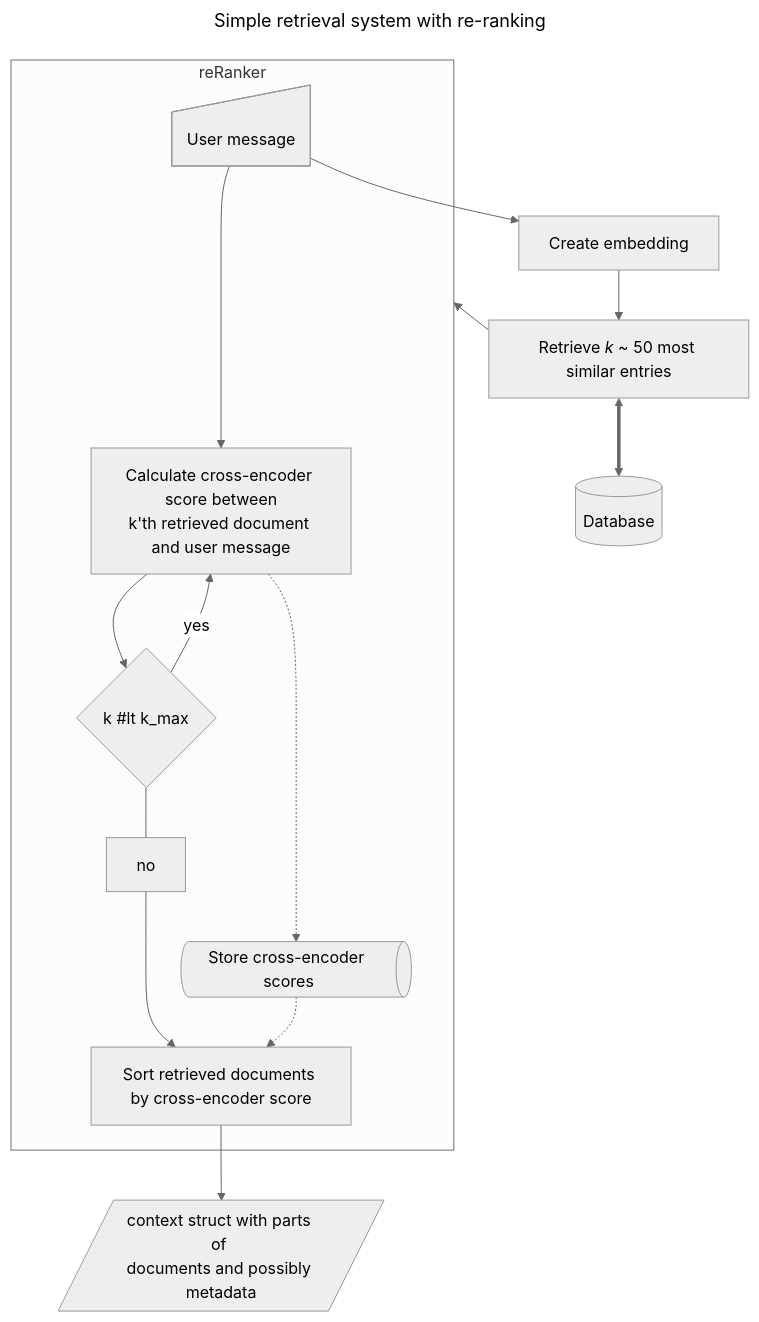
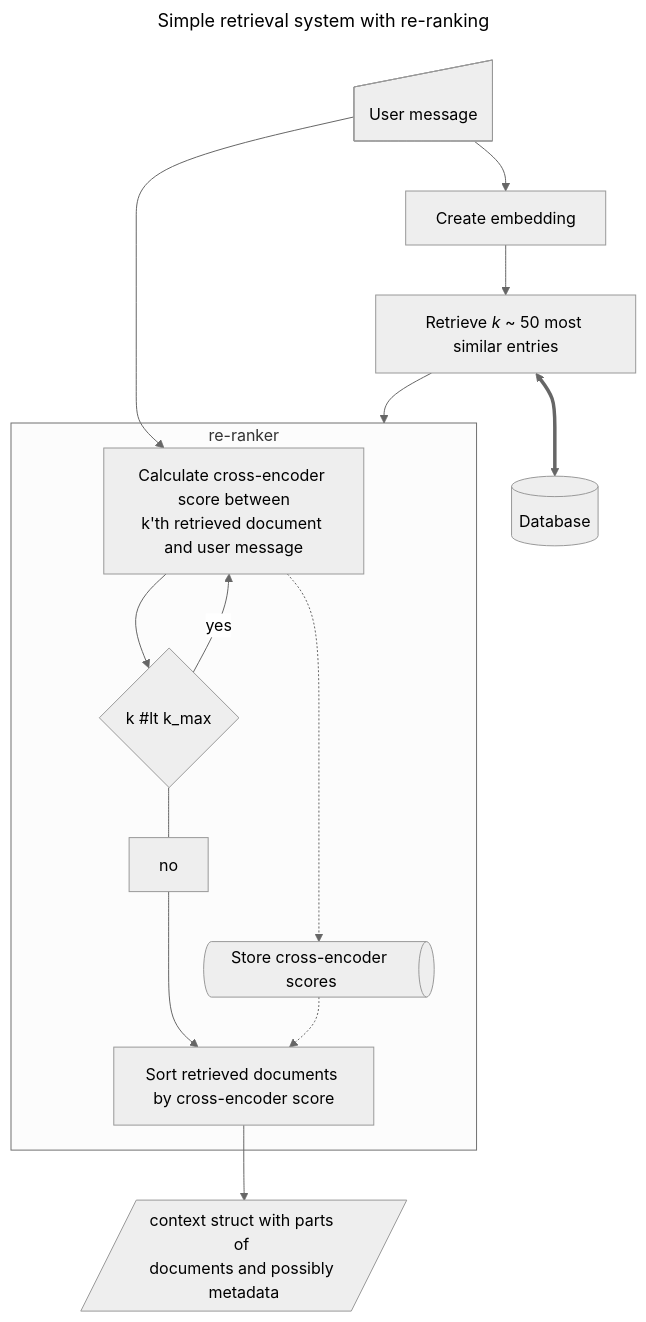
The second of 2 diagrams in docs/background/rag/retrival_system.md (DKAndreasen/public-genai-governance), drawn with Mermaid (neutral theme) before and after one commit.

Commit message:
even more mermaid syntex fixes

````diff
--- a/docs/background/rag/retrival_system.md
+++ b/docs/background/rag/retrival_system.md
@@ -31,31 +31,31 @@
 ```mermaid
 ---
 title: Simple retrieval system with re-ranking
 ---
 graph TD;
     db[(Database)]
     input@{ shape: manual-input, label: "User message" }
     embed["Create embedding"]
     retriever["`Retrieve _k_ ~ 50 most similar entries`"]
     output@{ shape: in-out, label: "context struct with parts of 
     documents and possibly metadata" }
     input --> embed
+    input ---> crossEncoder
     embed --> retriever
     retriever <==> db
-    retriever --> reRanker
-    subgraph reRanker
+    retriever --> re-ranker
+    subgraph re-ranker
         loopCondition@{ shape: decision, label: "k #lt k_max"}
         crossEncoder["`Calculate cross-encoder score between
         k'th retrieved document and user message`"]
         storage@{ shape: das, label: "Store cross-encoder scores"}
         sorter["Sort retrieved documents by cross-encoder score"]
         loopCondition -- yes --> crossEncoder
         
-        input ----> crossEncoder
         crossEncoder --> loopCondition
         loopCondition --- no ---> sorter
         crossEncoder -.-> storage
         storage -.-> sorter
     end
     sorter --> output
 ```
````
